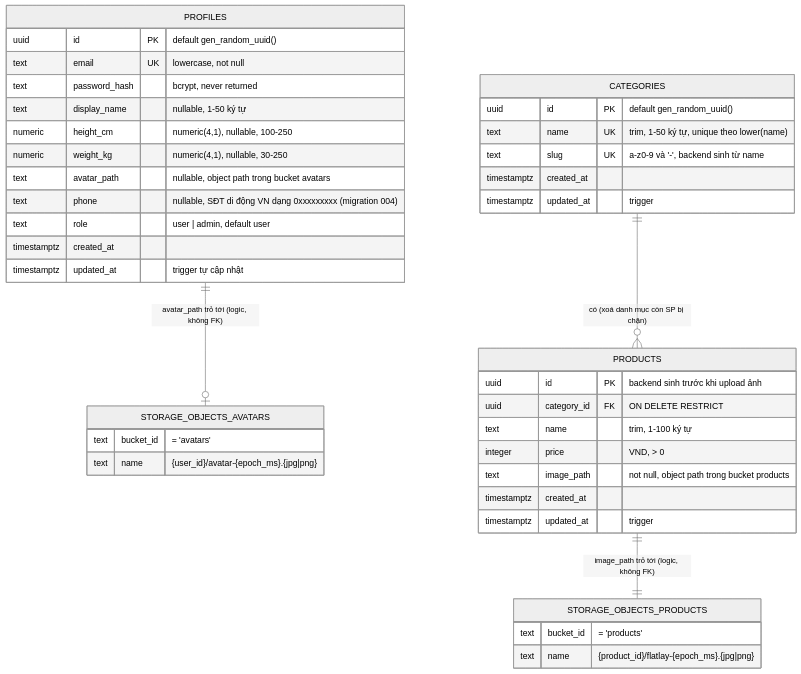
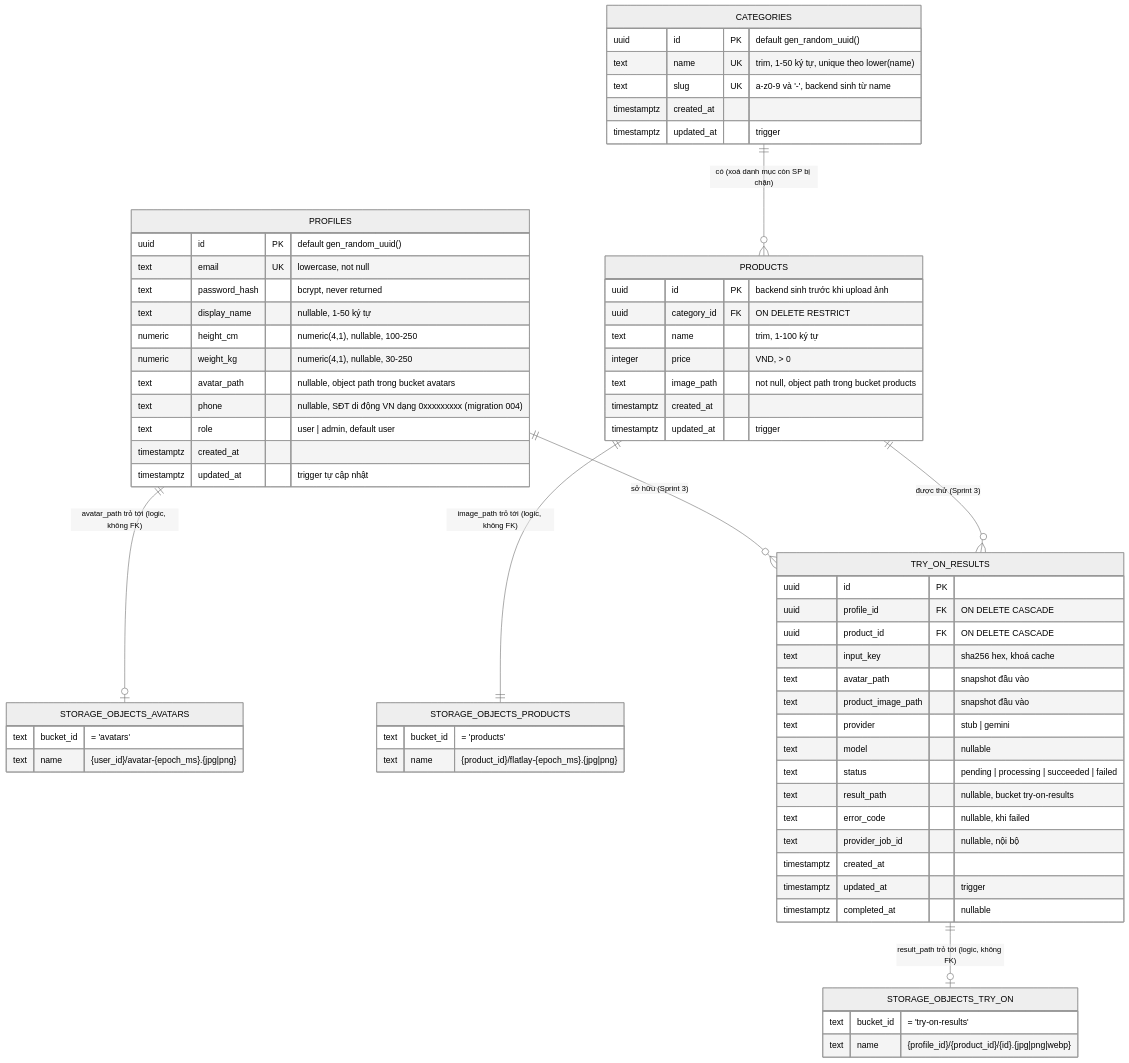
One commit to tqk3101/try-on changed the diagram in design/database/schema.md. Above: the diagram before and after it, drawn with Mermaid (neutral theme). The commit also changed other lines of this file and 17 other files, not shown here.

First line of the commit message:
feat(US-05,US-06): Sprint 3 planning, Gemini provider decision, migrations 008-009

````diff
--- a/design/database/schema.md
+++ b/design/database/schema.md
@@ -27,44 +29,69 @@
 ```mermaid
 erDiagram
     PROFILES {
         uuid id PK "default gen_random_uuid()"
         text email UK "lowercase, not null"
         text password_hash "bcrypt, never returned"
         text display_name "nullable, 1-50 ký tự"
         numeric height_cm "numeric(4,1), nullable, 100-250"
         numeric weight_kg "numeric(4,1), nullable, 30-250"
         text avatar_path "nullable, object path trong bucket avatars"
         text phone "nullable, SĐT di động VN dạng 0xxxxxxxxx (migration 004)"
         text role "user | admin, default user"
         timestamptz created_at
         timestamptz updated_at "trigger tự cập nhật"
     }
     STORAGE_OBJECTS_AVATARS {
         text bucket_id "= 'avatars'"
         text name "{user_id}/avatar-{epoch_ms}.{jpg|png}"
     }
     PROFILES ||--o| STORAGE_OBJECTS_AVATARS : "avatar_path trỏ tới (logic, không FK)"
 
     CATEGORIES {
         uuid id PK "default gen_random_uuid()"
         text name UK "trim, 1-50 ký tự, unique theo lower(name)"
         text slug UK "a-z0-9 và '-', backend sinh từ name"
         timestamptz created_at
         timestamptz updated_at "trigger"
     }
     PRODUCTS {
         uuid id PK "backend sinh trước khi upload ảnh"
         uuid category_id FK "ON DELETE RESTRICT"
         text name "trim, 1-100 ký tự"
         integer price "VND, > 0"
         text image_path "not null, object path trong bucket products"
         timestamptz created_at
         timestamptz updated_at "trigger"
     }
     STORAGE_OBJECTS_PRODUCTS {
         text bucket_id "= 'products'"
         text name "{product_id}/flatlay-{epoch_ms}.{jpg|png}"
     }
     CATEGORIES ||--o{ PRODUCTS : "có (xoá danh mục còn SP bị chặn)"
     PRODUCTS ||--|| STORAGE_OBJECTS_PRODUCTS : "image_path trỏ tới (logic, không FK)"
+
+    TRY_ON_RESULTS {
+        uuid id PK
+        uuid profile_id FK "ON DELETE CASCADE"
+        uuid product_id FK "ON DELETE CASCADE"
+        text input_key "sha256 hex, khoá cache"
+        text avatar_path "snapshot đầu vào"
+        text product_image_path "snapshot đầu vào"
+        text provider "stub | gemini"
+        text model "nullable"
+        text status "pending | processing | succeeded | failed"
+        text result_path "nullable, bucket try-on-results"
+        text error_code "nullable, khi failed"
+        text provider_job_id "nullable, nội bộ"
+        timestamptz created_at
+        timestamptz updated_at "trigger"
+        timestamptz completed_at "nullable"
+    }
+    STORAGE_OBJECTS_TRY_ON {
+        text bucket_id "= 'try-on-results'"
+        text name "{profile_id}/{product_id}/{id}.{jpg|png|webp}"
+    }
+    PROFILES ||--o{ TRY_ON_RESULTS : "sở hữu (Sprint 3)"
+    PRODUCTS ||--o{ TRY_ON_RESULTS : "được thử (Sprint 3)"
+    TRY_ON_RESULTS ||--o| STORAGE_OBJECTS_TRY_ON : "result_path trỏ tới (logic, không FK)"
 ```
````
